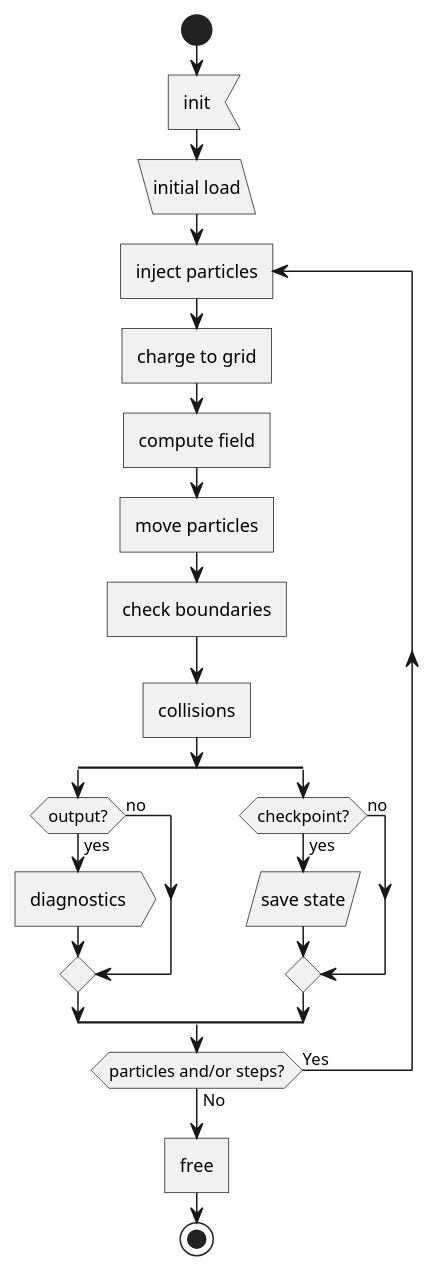
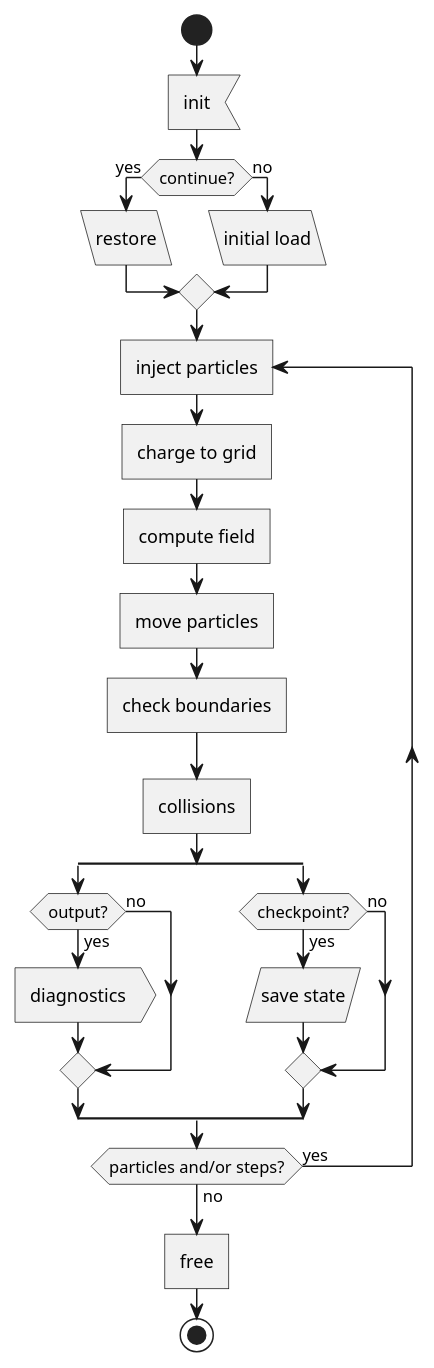
Before and after one commit to LeCAD-PEG/hexapic: the diagram in docs/index.md, drawn with PlantUML. The commit also changed other lines of this file and 48 other files, not shown here.

Commit message:
update workflow description, restore initial API pages

````diff
--- a/docs/index.md
+++ b/docs/index.md
@@ -42,27 +49,31 @@
 ```plantuml
 @startuml
 start
 :init; <<input>>
-:initial load; <<load>>
+if (continue?) then (yes)
+	:restore; <<load>>
+else (no)
+	:initial load; <<load>>
+endif
 repeat :inject particles; <<task>>
 :charge to grid; <<task>>
 :compute field; <<task>>
 :move particles; <<task>>
 :check boundaries; <<task>>
 :collisions; <<task>>
 split
 	if (output?) then (yes)
 		:diagnostics; <<output>>
 	else (no)
 	endif
 split again
 	if (checkpoint?) then (yes)
 		:save state; <<save>>
 	else (no)
 	endif 
 end split
-repeat while (particles and/or steps?) is (Yes) not (No)
+repeat while (particles and/or steps?) is (yes) not (no)
 :free; <<task>>
 stop
 @enduml
 ```
````
